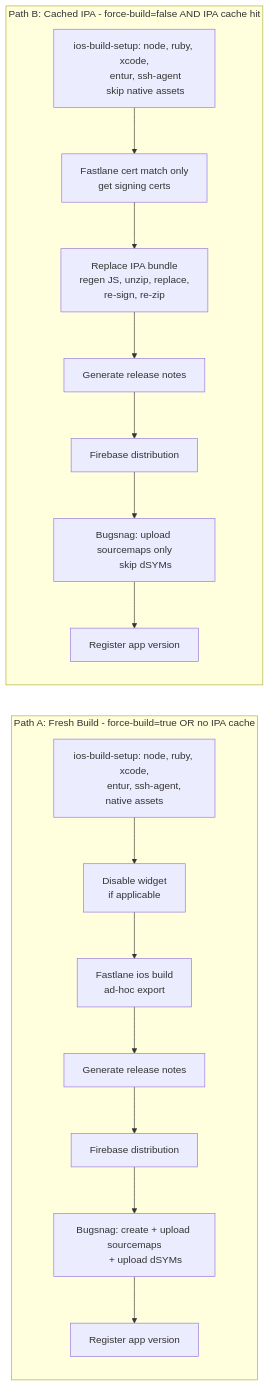
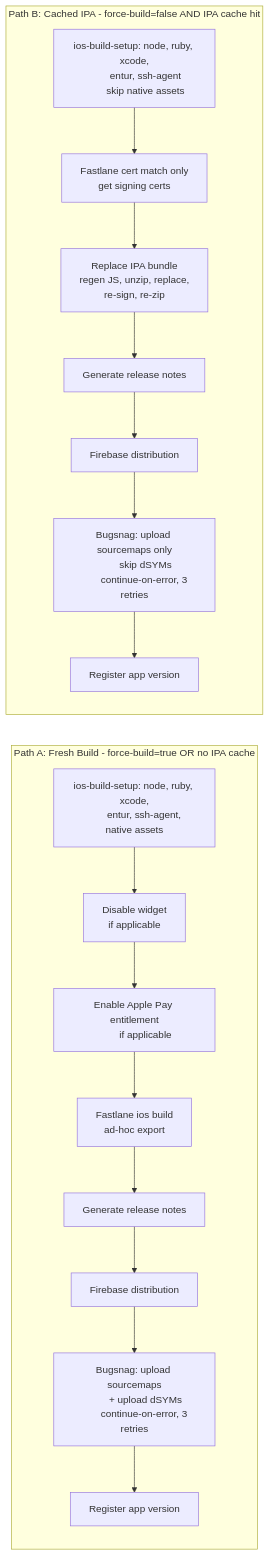
Before and after one commit to AtB-AS/mittatb-app: the sixth of 7 diagrams in docs/ios-build-staging-graph.md, drawn with Mermaid. The commit also changed other lines of this file and 14 other files, not shown here.

````diff
--- a/docs/ios-build-staging-graph.md
+++ b/docs/ios-build-staging-graph.md
@@ -303,32 +305,36 @@
 ```mermaid
 flowchart LR
     subgraph fresh ["Path A: Fresh Build - force-build=true OR no IPA cache"]
         direction TB
         f1["ios-build-setup: node, ruby, xcode,
         entur, ssh-agent, native assets"] --> f2["Disable widget
         if applicable"]
-        f2 --> f3["Fastlane ios build
+        f2 --> f2b["Enable Apple Pay entitlement
+        if applicable"]
+        f2b --> f3["Fastlane ios build
         ad-hoc export"]
         f3 --> f4["Generate release notes"]
         f4 --> f5["Firebase distribution"]
-        f5 --> f6["Bugsnag: create + upload sourcemaps
-        + upload dSYMs"]
+        f5 --> f6["Bugsnag: upload sourcemaps
+        + upload dSYMs
+        continue-on-error, 3 retries"]
         f6 --> f7["Register app version"]
     end
 
     subgraph cached ["Path B: Cached IPA - force-build=false AND IPA cache hit"]
         direction TB
         c1["ios-build-setup: node, ruby, xcode,
         entur, ssh-agent
         skip native assets"] --> c2["Fastlane cert match only
         get signing certs"]
         c2 --> c3["Replace IPA bundle
         regen JS, unzip, replace,
         re-sign, re-zip"]
         c3 --> c4["Generate release notes"]
         c4 --> c5["Firebase distribution"]
         c5 --> c6["Bugsnag: upload sourcemaps only
-        skip dSYMs"]
+        skip dSYMs
+        continue-on-error, 3 retries"]
         c6 --> c7["Register app version"]
     end
 ```
````
